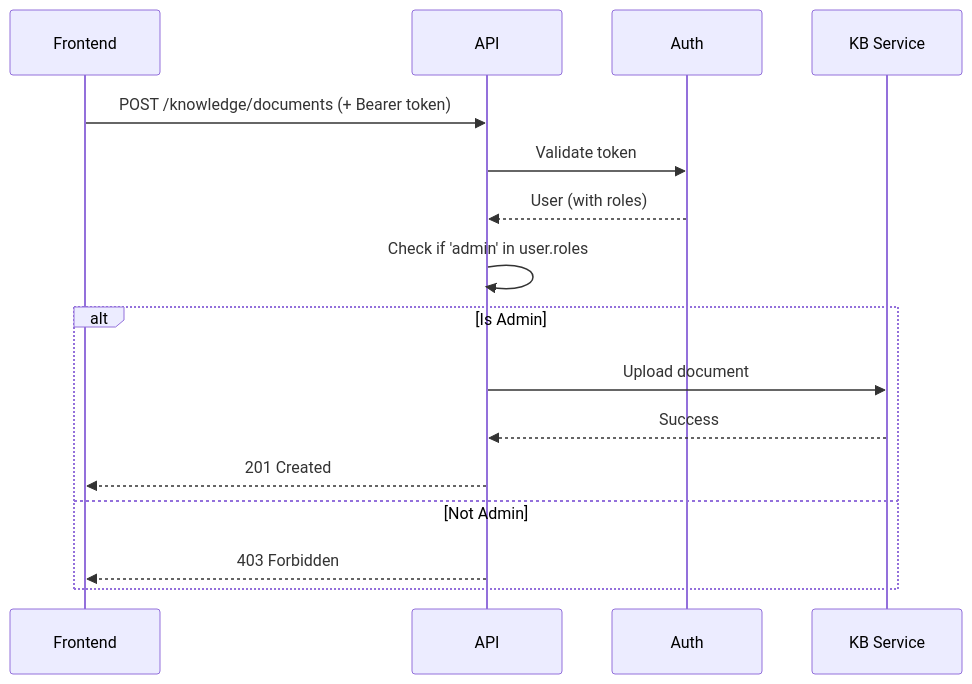
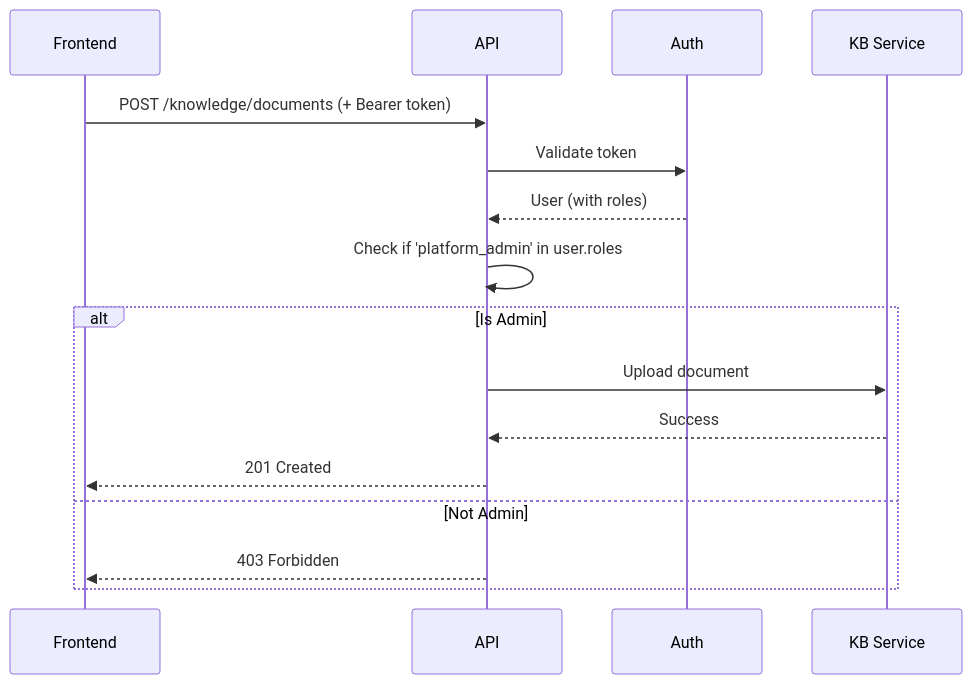
One commit to FaultMaven/faultmaven changed the diagram in docs/architecture/security/rbac.md. Above: the diagram before and after it, drawn with Mermaid. The commit also changed other lines of this file and 43 other files, not shown here.

First line of the commit message:
feat(auth): split the operator role out of `admin` as `platform_admin` (ADR-012 D9) (#826)

````diff
--- a/docs/architecture/security/rbac.md
+++ b/docs/architecture/security/rbac.md
@@ -525,19 +543,19 @@
 ```mermaid
 sequenceDiagram
     participant Frontend
     participant API
     participant Auth
     participant KB Service
 
     Frontend->>API: POST /knowledge/documents (+ Bearer token)
     API->>Auth: Validate token
     Auth-->>API: User (with roles)
-    API->>API: Check if 'admin' in user.roles
+    API->>API: Check if 'platform_admin' in user.roles
     alt Is Admin
         API->>KB Service: Upload document
         KB Service-->>API: Success
         API-->>Frontend: 201 Created
     else Not Admin
         API-->>Frontend: 403 Forbidden
     end
 ```
````
